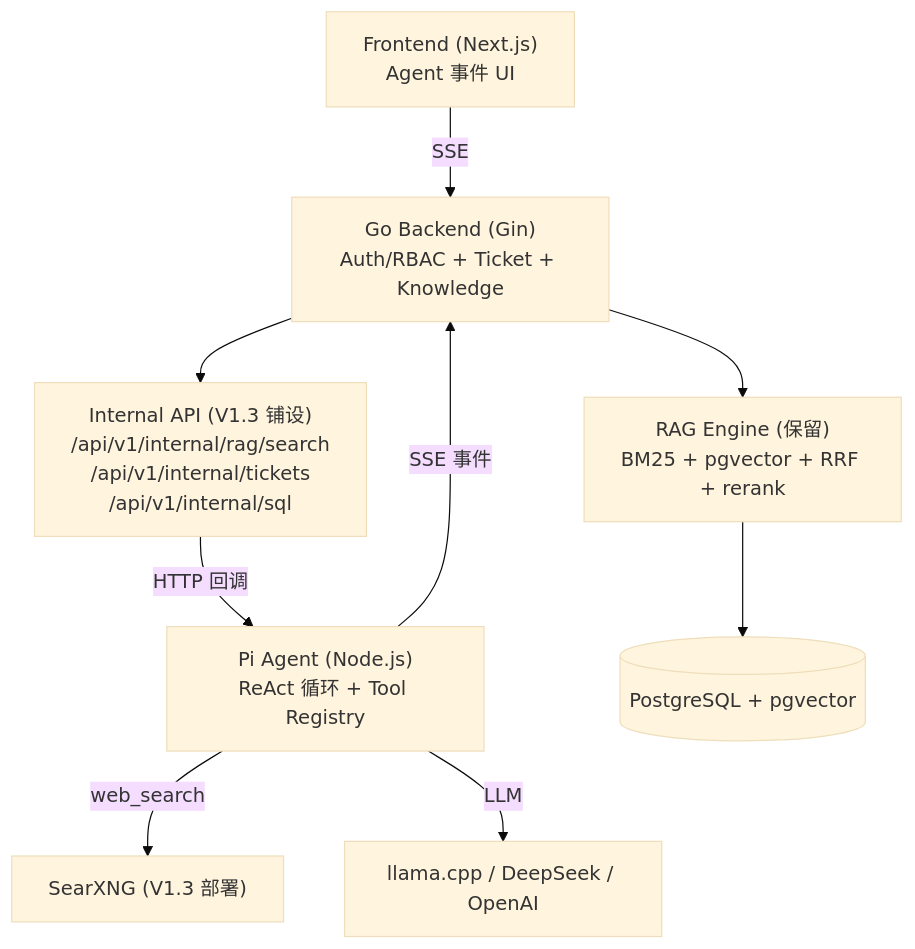
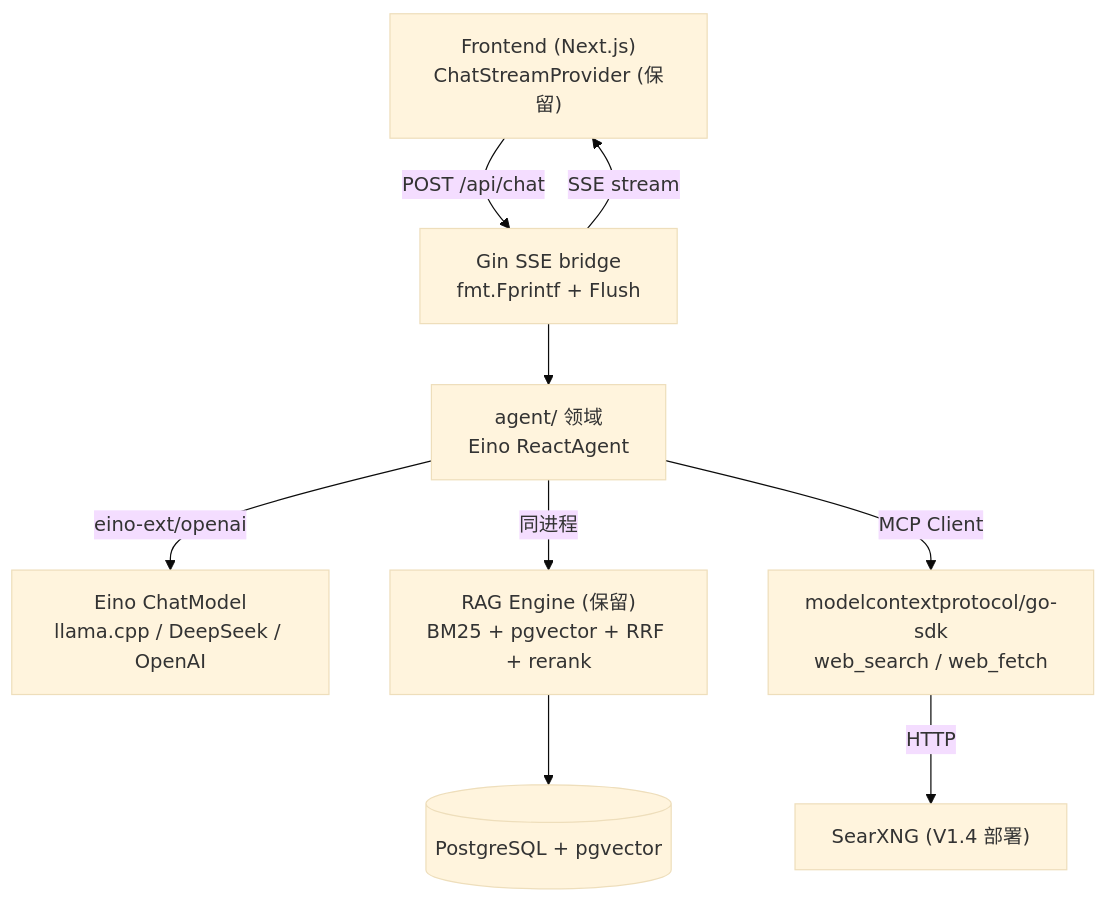
One commit to int2t05/Cognik changed the eighth of 9 diagrams in docs/ROADMAP.md. Above: the diagram before and after it, drawn with Mermaid (base theme). The commit also changed other lines of this file, not shown here.

First line of the commit message:
docs: ROADMAP V1.2 标记已交付 + V1.3/V1.4 规划更新

````diff
--- a/docs/ROADMAP.md
+++ b/docs/ROADMAP.md
@@ -314,12 +364,12 @@
 ```mermaid
 flowchart TB
-    FE["Frontend (Next.js)<br/>Agent 事件 UI"]
-    FE -->|"SSE"| GO["Go Backend (Gin)<br/>Auth/RBAC + Ticket + Knowledge"]
-    GO --> RAG["RAG Engine (保留)<br/>BM25 + pgvector + RRF + rerank"]
-    GO --> IA["Internal API (V1.3 铺设)<br/>/api/v1/internal/rag/search<br/>/api/v1/internal/tickets<br/>/api/v1/internal/sql"]
-    IA -->|"HTTP 回调"| PI["Pi Agent (Node.js)<br/>ReAct 循环 + Tool Registry"]
-    PI -->|"web_search"| SX["SearXNG (V1.3 部署)"]
-    PI -->|"LLM"| LLM["llama.cpp / DeepSeek / OpenAI"]
-    PI -->|"SSE 事件"| GO
+    FE["Frontend (Next.js)<br/>ChatStreamProvider (保留)"]
+    FE -->|"POST /api/chat"| SSE["Gin SSE bridge<br/>fmt.Fprintf + Flush"]
+    SSE --> AGENT["agent/ 领域<br/>Eino ReactAgent"]
+    AGENT -->|"eino-ext/openai"| LLM["Eino ChatModel<br/>llama.cpp / DeepSeek / OpenAI"]
+    AGENT -->|"同进程"| RAG["RAG Engine (保留)<br/>BM25 + pgvector + RRF + rerank"]
+    AGENT -->|"MCP Client"| MCP["modelcontextprotocol/go-sdk<br/>web_search / web_fetch"]
+    MCP -->|"HTTP"| SX["SearXNG (V1.4 部署)"]
+    SSE -->|"SSE stream"| FE
     RAG --> PG[("PostgreSQL + pgvector")]
 ```
````
